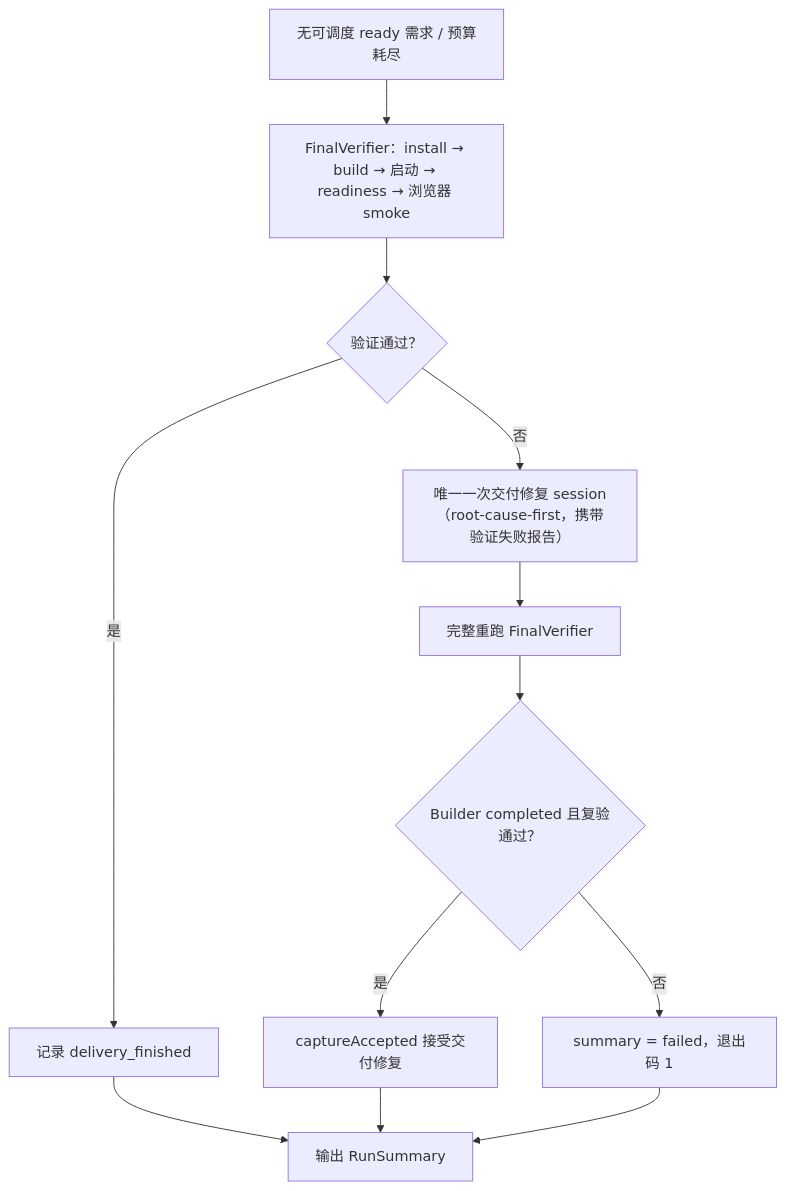
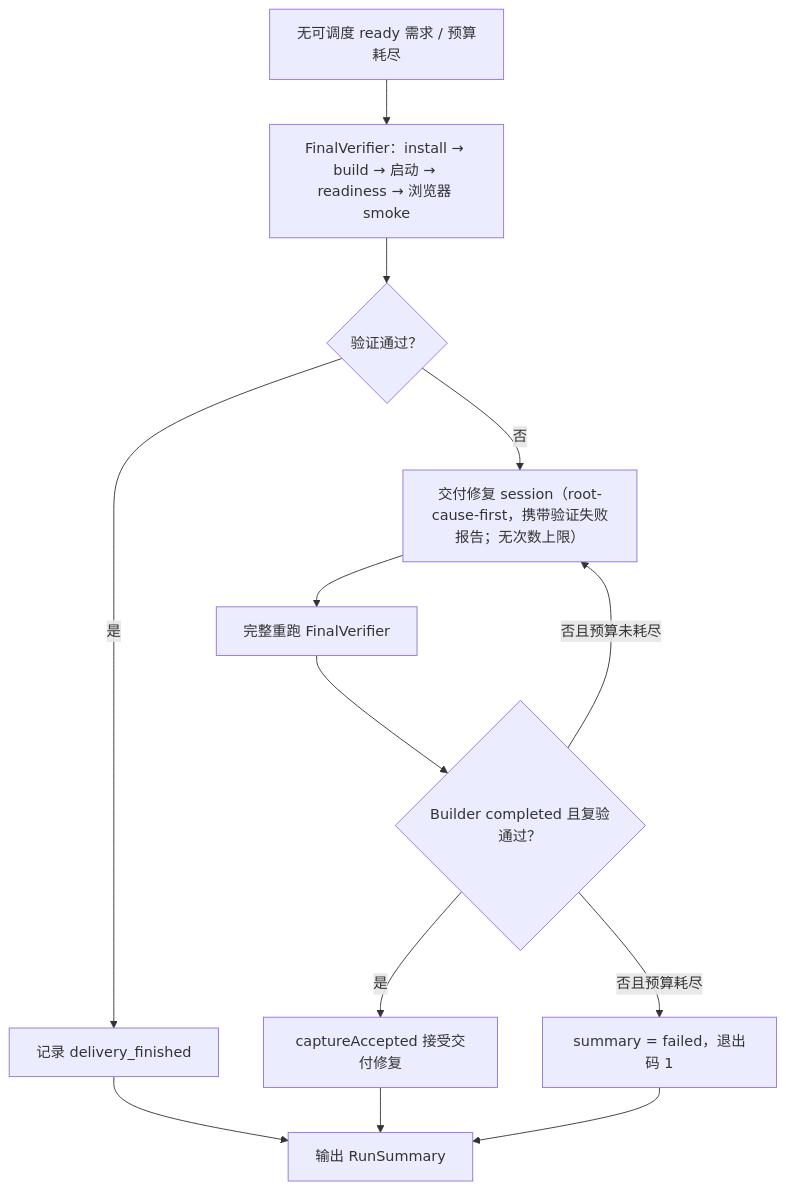
One commit to TheaDust/Shallow changed the third of 3 diagrams in README.md. Above: the diagram before and after it, drawn with Mermaid. The commit also changed other lines of this file and 6 other files, not shown here.

````diff
--- a/README.md
+++ b/README.md
@@ -189,14 +189,15 @@
 ```mermaid
 flowchart TD
     S["无可调度 ready 需求 / 预算耗尽"] --> V["FinalVerifier：install → build → 启动 → readiness → 浏览器 smoke"]
     V --> P{"验证通过？"}
     P -->|"是"| FIN["记录 delivery_finished"]
-    P -->|"否"| RP["唯一一次交付修复 session（root-cause-first，携带验证失败报告）"]
+    P -->|"否"| RP["交付修复 session（root-cause-first，携带验证失败报告；无次数上限）"]
     RP --> V2["完整重跑 FinalVerifier"]
     V2 --> P2{"Builder completed 且复验通过？"}
     P2 -->|"是"| ACC["captureAccepted 接受交付修复"]
-    P2 -->|"否"| FAIL["summary = failed，退出码 1"]
+    P2 -->|"否且预算未耗尽"| RP
+    P2 -->|"否且预算耗尽"| FAIL["summary = failed，退出码 1"]
     FIN --> SUM["输出 RunSummary"]
     ACC --> SUM
     FAIL --> SUM
 ```
````
